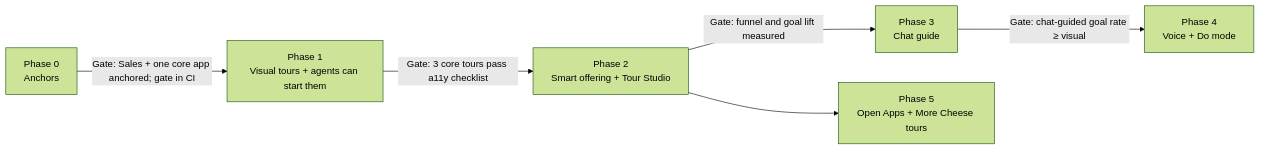
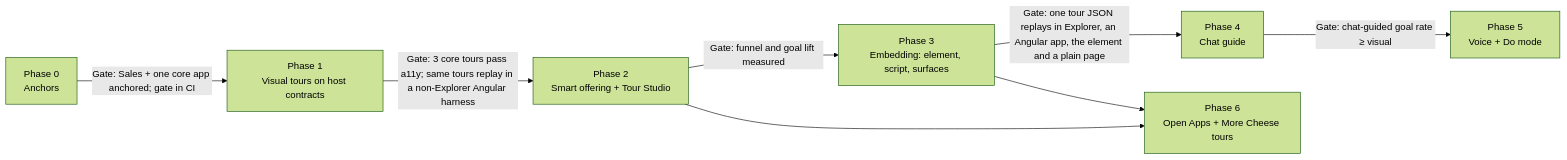
One commit to MemberJunction/MJ changed the fourth of 4 diagrams in plans/guided-tours.md. Above: the diagram before and after it, drawn with Mermaid (forest theme). The commit also changed other lines of this file, not shown here.

First line of the commit message:
Plan: make guided tours host-independent

````diff
--- a/plans/guided-tours.md
+++ b/plans/guided-tours.md
@@ -726,8 +879,10 @@
 ```mermaid
 flowchart LR
-    P0["Phase 0<br/>Anchors"] -->|"Gate: Sales + one core app anchored; gate in CI"| P1["Phase 1<br/>Visual tours + agents can start them"]
-    P1 -->|"Gate: 3 core tours pass a11y checklist"| P2["Phase 2<br/>Smart offering + Tour Studio"]
-    P2 -->|"Gate: funnel and goal lift measured"| P3["Phase 3<br/>Chat guide"]
-    P3 -->|"Gate: chat-guided goal rate ≥ visual"| P4["Phase 4<br/>Voice + Do mode"]
-    P2 --> P5["Phase 5<br/>Open Apps + More Cheese tours"]
+    P0["Phase 0<br/>Anchors"] -->|"Gate: Sales + one core app anchored; gate in CI"| P1["Phase 1<br/>Visual tours on host contracts"]
+    P1 -->|"Gate: 3 core tours pass a11y; same tours replay in a non-Explorer Angular harness"| P2["Phase 2<br/>Smart offering + Tour Studio"]
+    P2 -->|"Gate: funnel and goal lift measured"| P3["Phase 3<br/>Embedding: element, script, surfaces"]
+    P3 -->|"Gate: one tour JSON replays in Explorer, an Angular app, the element and a plain page"| P4["Phase 4<br/>Chat guide"]
+    P4 -->|"Gate: chat-guided goal rate ≥ visual"| P5["Phase 5<br/>Voice + Do mode"]
+    P2 --> P6["Phase 6<br/>Open Apps + More Cheese tours"]
+    P3 --> P6
 ```
````
